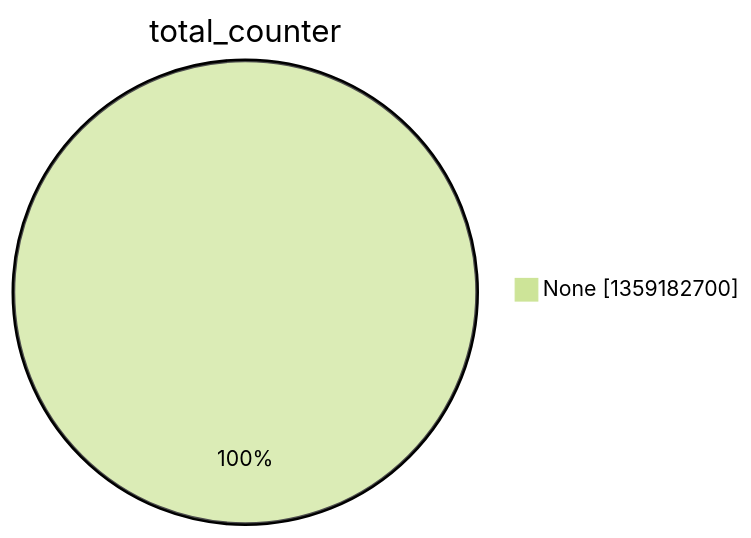
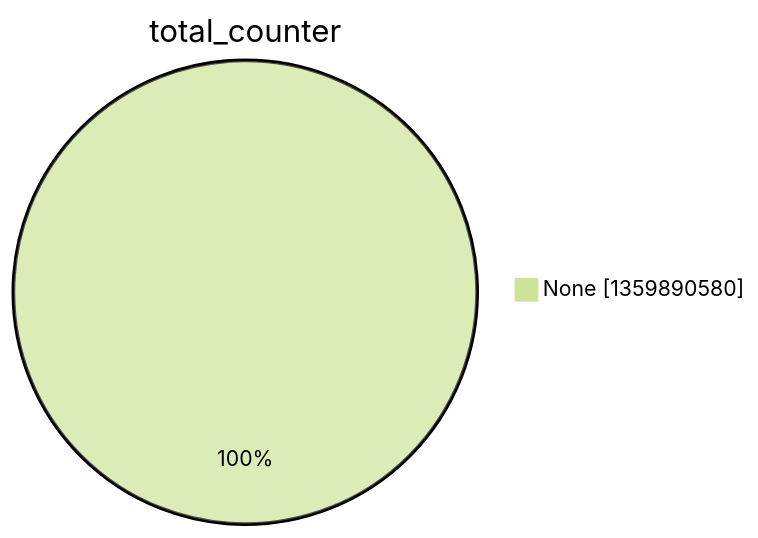
The second of 15 diagrams in argon2022/README.md (christiankrug/ctmonitor_visualization), drawn with Mermaid (forest theme) before and after one commit. The commit also changed other lines of this file, not shown here.

````diff
--- a/argon2022/README.md
+++ b/argon2022/README.md
@@ -9,5 +9,5 @@
 ```mermaid
 pie showData
 title total_counter
-"None" :1359182700
+"None" :1359890580
 ```
````
